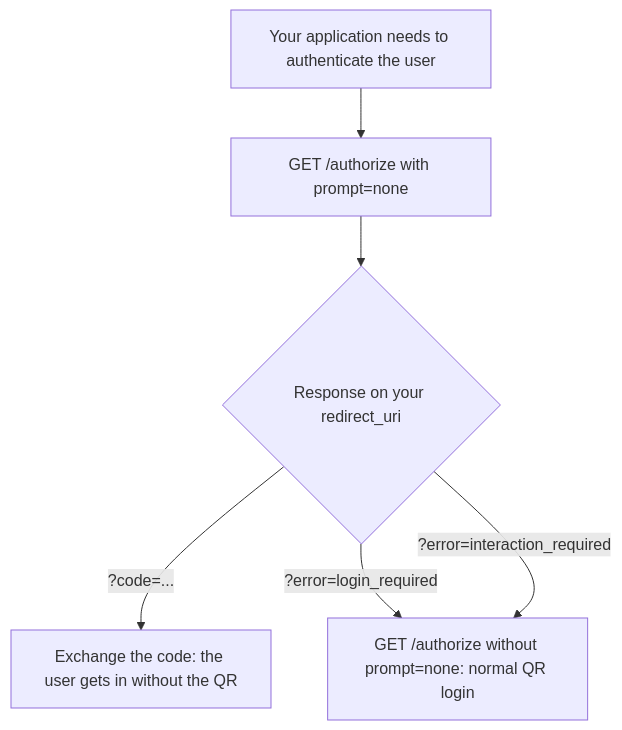
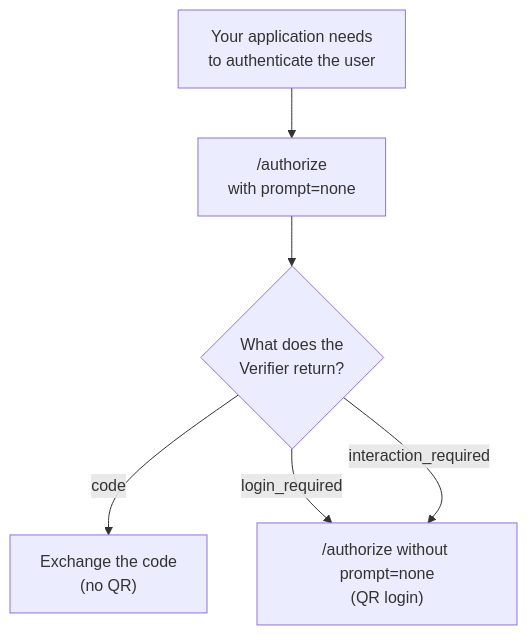
Before and after one commit to in2workspace/eudistack-platform-docs: the second of 3 diagrams in docs/developers/guides/sso-multi-app.en.md, drawn with Mermaid. The commit also changed 1 other file, not shown here.

Commit message:
docs(sso): shorten silent-login flowchart labels so they fit their nodes

````diff
--- a/docs/developers/guides/sso-multi-app.en.md
+++ b/docs/developers/guides/sso-multi-app.en.md
@@ -70,8 +70,8 @@
 ```mermaid
 flowchart TD
-    A[Your application needs to authenticate the user] --> B["GET /authorize with prompt=none"]
-    B --> C{Response on your redirect_uri}
-    C -->|"?code=..."| D[Exchange the code: the user gets in without the QR]
-    C -->|"?error=login_required"| E["GET /authorize without prompt=none: normal QR login"]
-    C -->|"?error=interaction_required"| E
+    A["Your application needs<br>to authenticate the user"] --> B["/authorize<br>with prompt=none"]
+    B --> C{"What does the<br>Verifier return?"}
+    C -->|code| D["Exchange the code<br>(no QR)"]
+    C -->|login_required| E["/authorize without prompt=none<br>(QR login)"]
+    C -->|interaction_required| E
 ```
````
